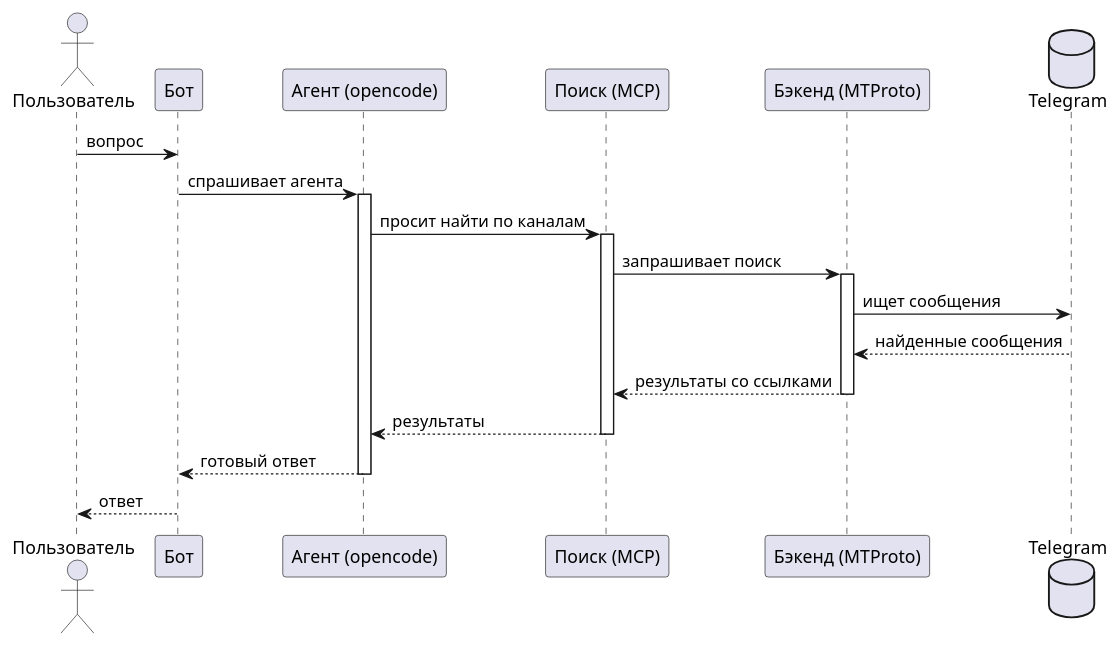
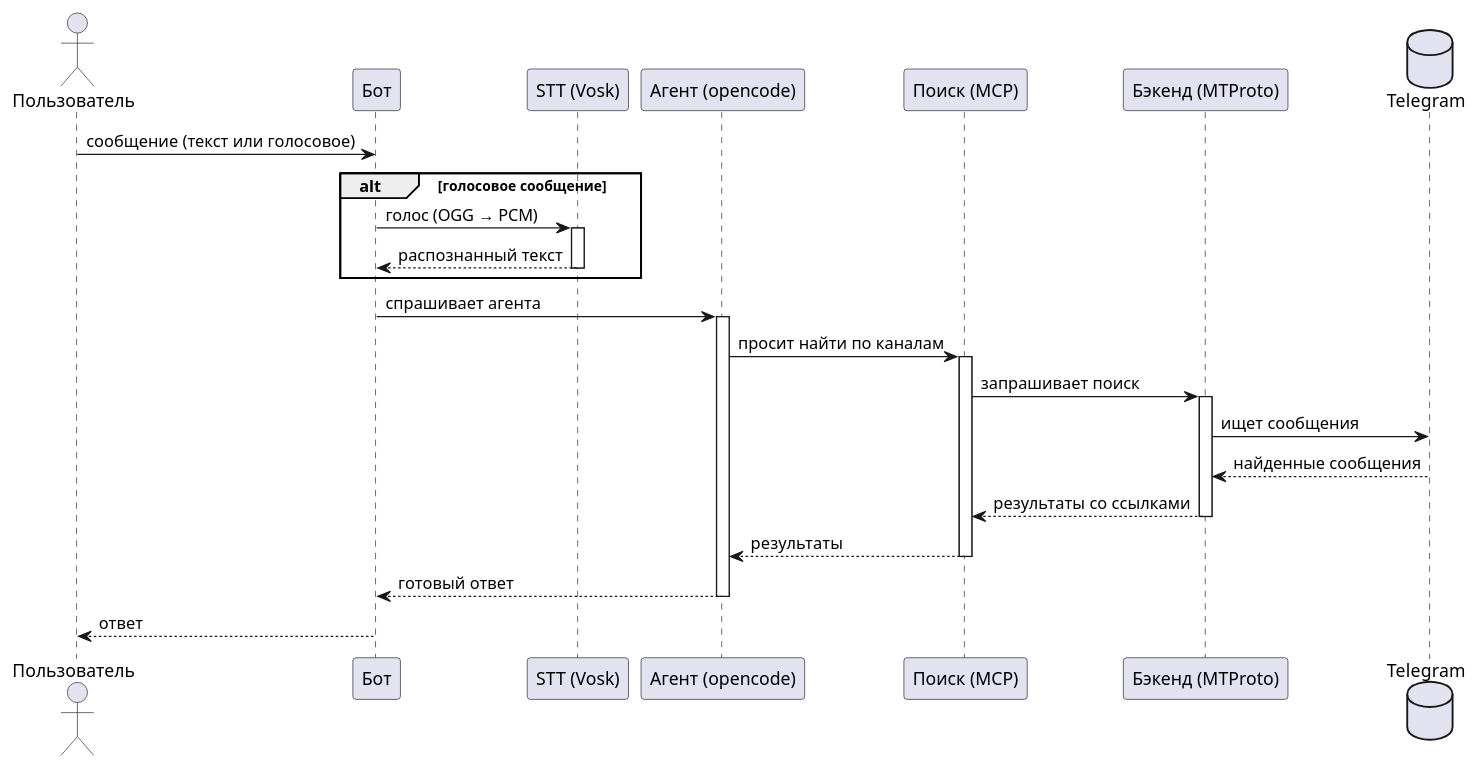
Before and after one commit to aesvechnikov/candle-lurk-tg-bot: the diagram in docs/architecture.puml, drawn with PlantUML. The commit also changed 3 other files, not shown here.

Commit message:
Arch diagram: branch text vs voice (Vosk) flow

```diff
--- a/docs/architecture.puml
+++ b/docs/architecture.puml
@@ -1,25 +1,32 @@
 @startuml
 actor Пользователь
 participant "Бот" as Bot
+participant "STT (Vosk)" as STT
 participant "Агент (opencode)" as OC
 participant "Поиск (MCP)" as MCP
 participant "Бэкенд (MTProto)" as Backend
 database "Telegram" as TG
 
-Пользователь -> Bot: вопрос
+Пользователь -> Bot: сообщение (текст или голосовое)
+alt голосовое сообщение
+    Bot -> STT: голос (OGG → PCM)
+    activate STT
+    STT --> Bot: распознанный текст
+    deactivate STT
+end
 Bot -> OC: спрашивает агента
 activate OC
 OC -> MCP: просит найти по каналам
 activate MCP
 MCP -> Backend: запрашивает поиск
 activate Backend
 Backend -> TG: ищет сообщения
 TG --> Backend: найденные сообщения
 Backend --> MCP: результаты со ссылками
 deactivate Backend
 MCP --> OC: результаты
 deactivate MCP
 OC --> Bot: готовый ответ
 deactivate OC
 Bot --> Пользователь: ответ
 @enduml
```
